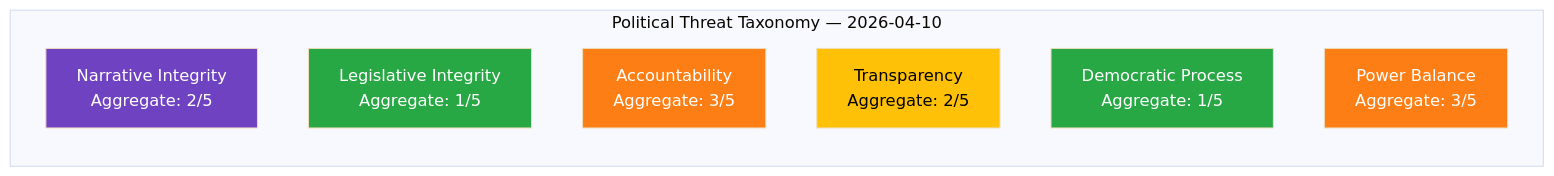
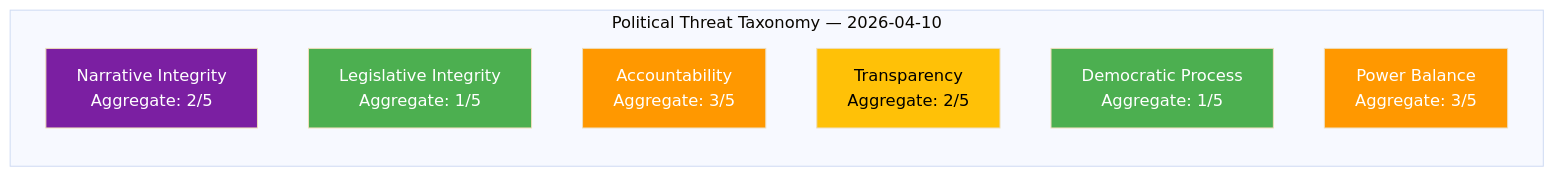
Before and after one commit to Hack23/riksdagsmonitor: the first of 2 diagrams in analysis/daily/2026-04-10/realtime-1424/threat-analysis.md, drawn with Mermaid (base theme). The commit also changed other lines of this file and 785 other files, not shown here.

First line of the commit message:
Normalize mermaid colors across 786 analysis artifacts to ISMS Style Guide palette

````diff
--- a/analysis/daily/2026-04-10/realtime-1424/threat-analysis.md
+++ b/analysis/daily/2026-04-10/realtime-1424/threat-analysis.md
@@ -20,17 +20,17 @@
 ```mermaid
 graph LR
     subgraph "Political Threat Taxonomy — 2026-04-10"
         NI["Narrative Integrity<br/>Aggregate: 2/5"]
         LI["Legislative Integrity<br/>Aggregate: 1/5"]
         AC["Accountability<br/>Aggregate: 3/5"]
         TR["Transparency<br/>Aggregate: 2/5"]
         DP["Democratic Process<br/>Aggregate: 1/5"]
         PB["Power Balance<br/>Aggregate: 3/5"]
     end
-    style NI fill:#6f42c1,color:#fff
-    style LI fill:#28a745,color:#fff
-    style AC fill:#fd7e14,color:#fff
-    style TR fill:#ffc107,color:#000
-    style DP fill:#28a745,color:#fff
-    style PB fill:#fd7e14,color:#fff
+    style NI fill:#7B1FA2,color:#FFFFFF
+    style LI fill:#4CAF50,color:#FFFFFF
+    style AC fill:#FF9800,color:#FFFFFF
+    style TR fill:#FFC107,color:#000000
+    style DP fill:#4CAF50,color:#FFFFFF
+    style PB fill:#FF9800,color:#FFFFFF
 ```
````
